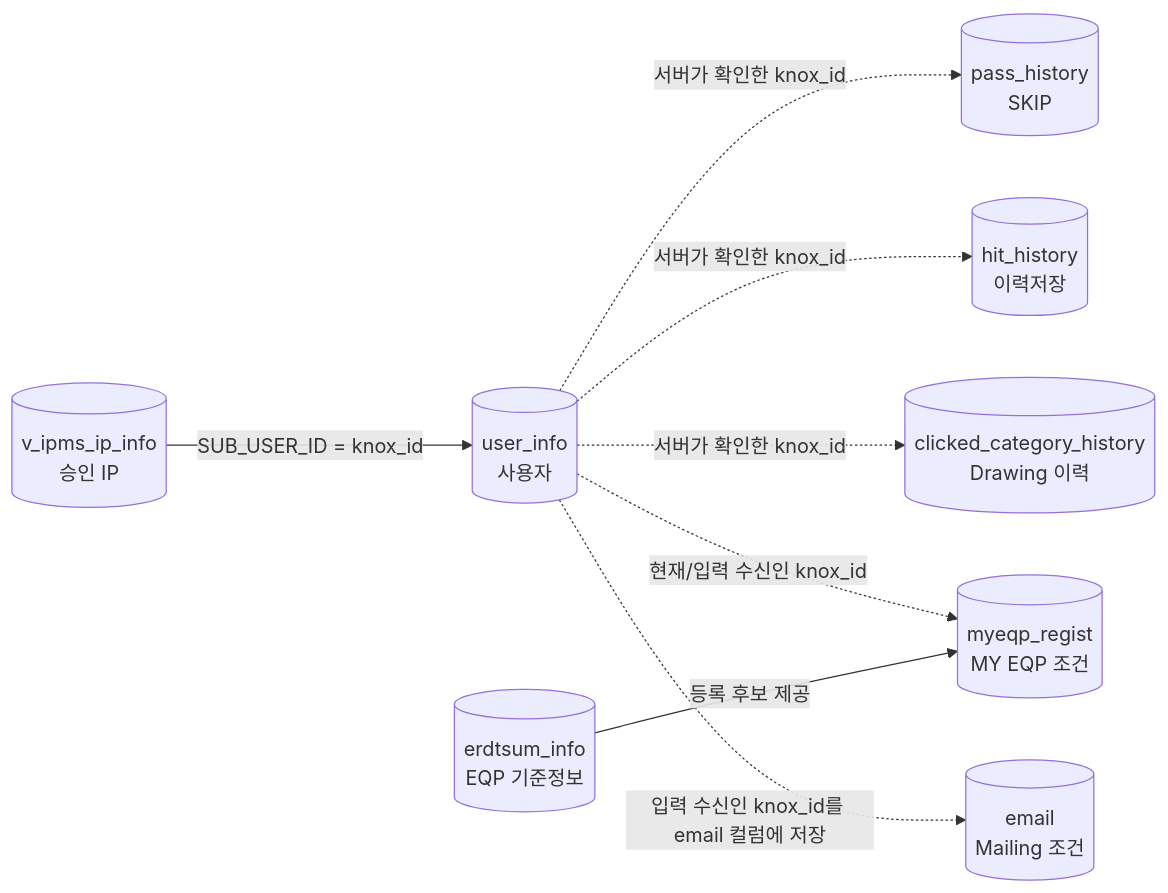
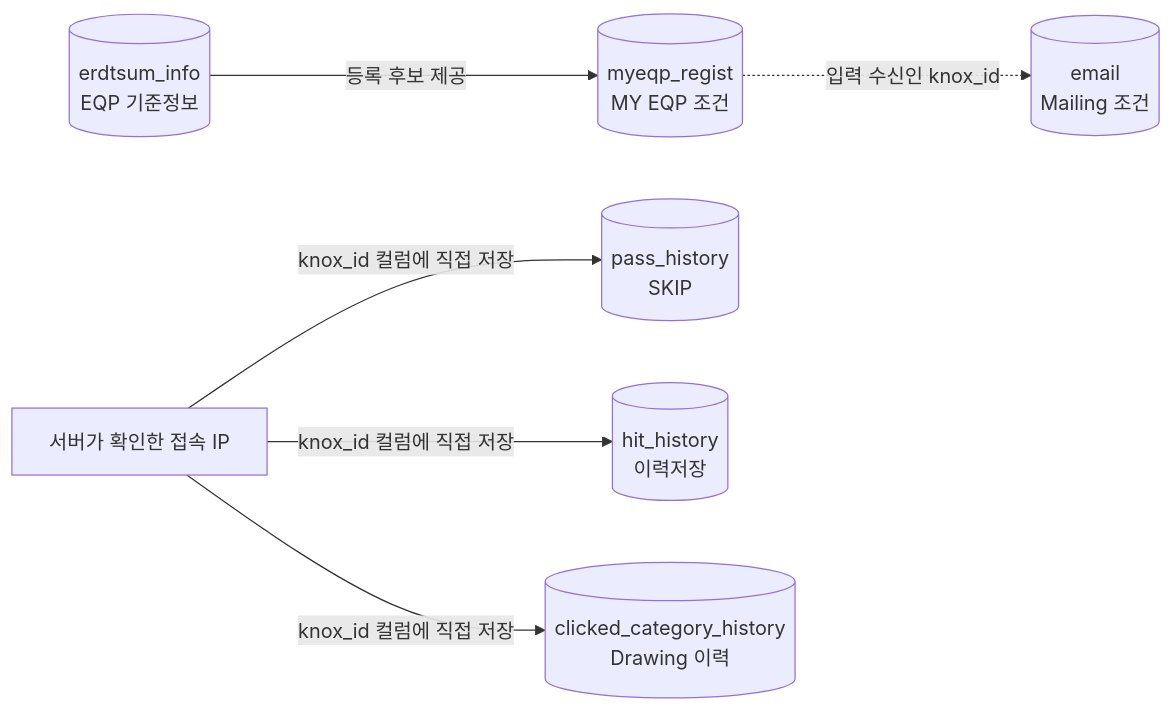
Diagram 11 of 12 in web_structure.md (mlbarod/l0_spider_scs), drawn with Mermaid before and after one commit. The commit also changed other lines of this file and 25 other files, not shown here.

````diff
--- a/web_structure.md
+++ b/web_structure.md
@@ -534,19 +535,16 @@
 ```mermaid
 flowchart LR
-    IP[("v_ipms_ip_info<br/>승인 IP")]
-    USER[("user_info<br/>사용자")]
+    IP["서버가 확인한 접속 IP"]
     REF[("erdtsum_info<br/>EQP 기준정보")]
     EMAIL[("email<br/>Mailing 조건")]
     MY[("myeqp_regist<br/>MY EQP 조건")]
     PASS[("pass_history<br/>SKIP")]
     HIT[("hit_history<br/>이력저장")]
     CLICK[("clicked_category_history<br/>Drawing 이력")]
 
-    IP -->|"SUB_USER_ID = knox_id"| USER
-    USER -.->|"서버가 확인한 knox_id"| PASS
-    USER -.->|"서버가 확인한 knox_id"| HIT
-    USER -.->|"서버가 확인한 knox_id"| CLICK
-    USER -.->|"현재/입력 수신인 knox_id"| MY
-    USER -.->|"입력 수신인 knox_id를 email 컬럼에 저장"| EMAIL
+    IP -->|"knox_id 컬럼에 직접 저장"| PASS
+    IP -->|"knox_id 컬럼에 직접 저장"| HIT
+    IP -->|"knox_id 컬럼에 직접 저장"| CLICK
     REF -->|"등록 후보 제공"| MY
+    MY -.->|"입력 수신인 knox_id"| EMAIL
 ```
````
